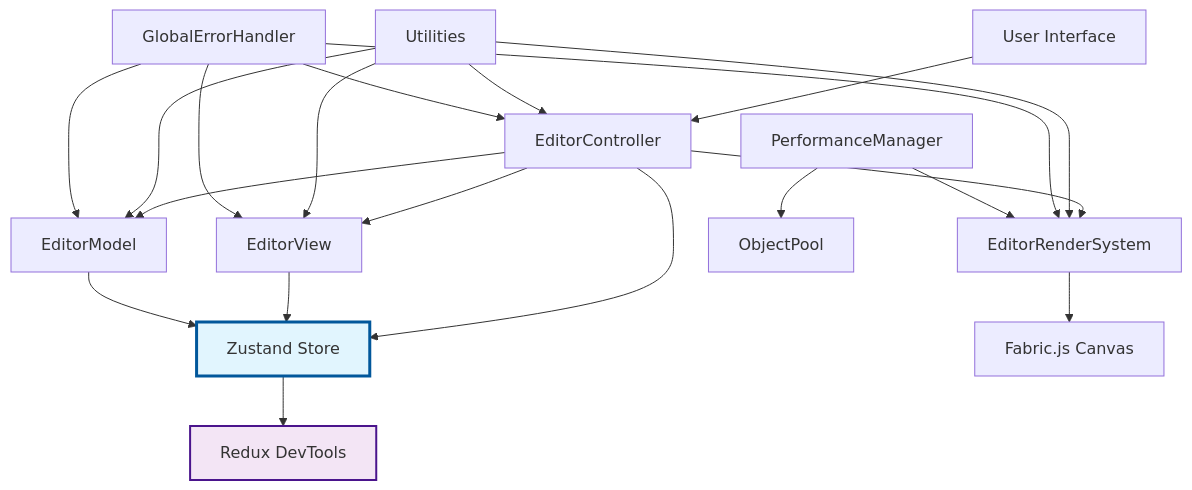
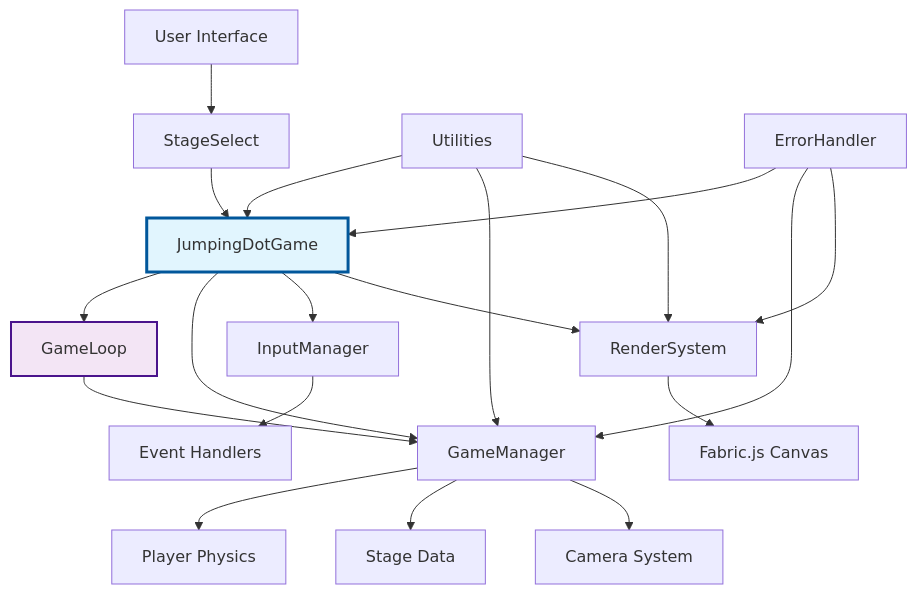
Before and after one commit to traponion/jumping-dot-game: the first of 3 diagrams in docs/architecture.md, drawn with Mermaid. The commit also changed other lines of this file and 53 other files, not shown here.

````diff
--- a/docs/architecture.md
+++ b/docs/architecture.md
@@ -18,29 +18,28 @@
 ```mermaid
 graph TB
-    UI[User Interface] --> Controller[EditorController]
-    Controller --> Model[EditorModel]
-    Controller --> View[EditorView]
-    Controller --> RenderSystem[EditorRenderSystem]
-    Controller --> ZustandStore[Zustand Store]
+    UI[User Interface] --> StageSelect[StageSelect]
+    StageSelect --> Game[JumpingDotGame]
+    Game --> GameLoop[GameLoop]
+    Game --> GameManager[GameManager]
+    Game --> InputManager[InputManager]
+    Game --> RenderSystem[RenderSystem]
     
-    View --> ZustandStore
-    Model --> ZustandStore
-    ZustandStore --> DevTools[Redux DevTools]
+    GameLoop --> GameManager
+    GameManager --> Player[Player Physics]
+    GameManager --> Stage[Stage Data]
+    GameManager --> Camera[Camera System]
+    
     RenderSystem --> Fabric[Fabric.js Canvas]
+    InputManager --> EventHandlers[Event Handlers]
     
-    Utilities[Utilities] --> Controller
-    Utilities --> Model
-    Utilities --> View
+    Utilities[Utilities] --> Game
+    Utilities --> GameManager
     Utilities --> RenderSystem
     
-    ErrorHandler[GlobalErrorHandler] --> Controller
-    ErrorHandler --> Model
-    ErrorHandler --> View
+    ErrorHandler[ErrorHandler] --> Game
+    ErrorHandler --> GameManager
     ErrorHandler --> RenderSystem
     
-    Performance[PerformanceManager] --> RenderSystem
-    Performance --> ObjectPool[ObjectPool]
-    
-    style ZustandStore fill:#e1f5fe,stroke:#01579b,stroke-width:3px
-    style DevTools fill:#f3e5f5,stroke:#4a148c,stroke-width:2px
+    style Game fill:#e1f5fe,stroke:#01579b,stroke-width:3px
+    style GameLoop fill:#f3e5f5,stroke:#4a148c,stroke-width:2px
 ```
````
